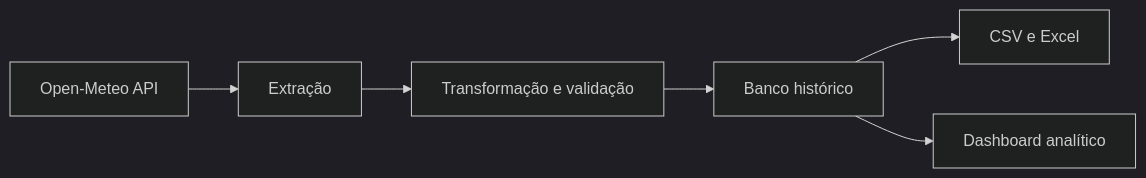
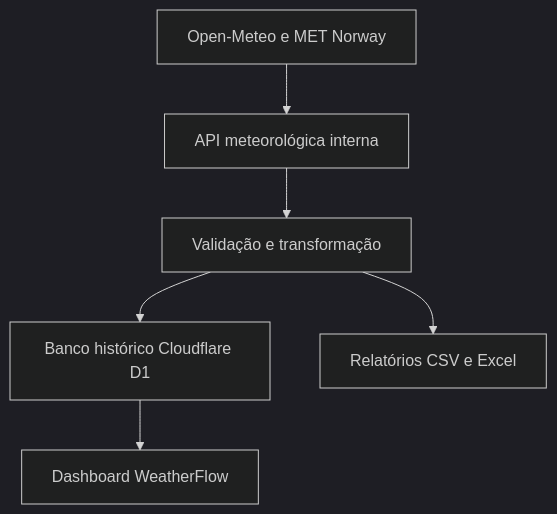
One commit to MatheusAlmeidaSiqueira/data-automation changed the diagram in README.md. Above: the diagram before and after it, drawn with Mermaid (dark theme). The commit also changed other lines of this file and 1 other file, not shown here.

````diff
--- a/README.md
+++ b/README.md
@@ -64,8 +83,8 @@
 ```mermaid
-flowchart LR
-    API["Open-Meteo API"] --> EXTRACT["Extração"]
-    EXTRACT --> TRANSFORM["Transformação e validação"]
-    TRANSFORM --> DATABASE["Banco histórico"]
-    DATABASE --> REPORTS["CSV e Excel"]
-    DATABASE --> DASHBOARD["Dashboard analítico"]
+flowchart TD
+    SOURCES["Open-Meteo e MET Norway"] --> API["API meteorológica interna"]
+    API --> ETL["Validação e transformação"]
+    ETL --> D1["Banco histórico Cloudflare D1"]
+    ETL --> REPORTS["Relatórios CSV e Excel"]
+    D1 --> DASHBOARD["Dashboard WeatherFlow"]
 ```
````
